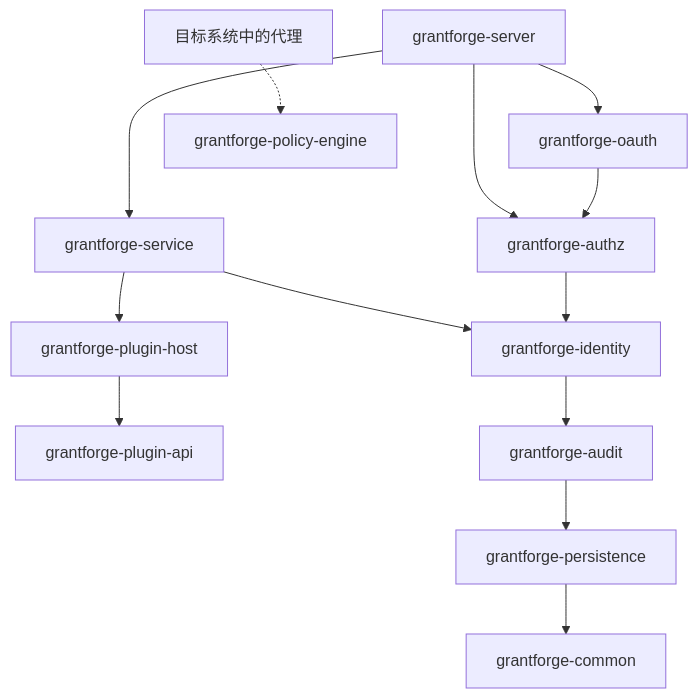
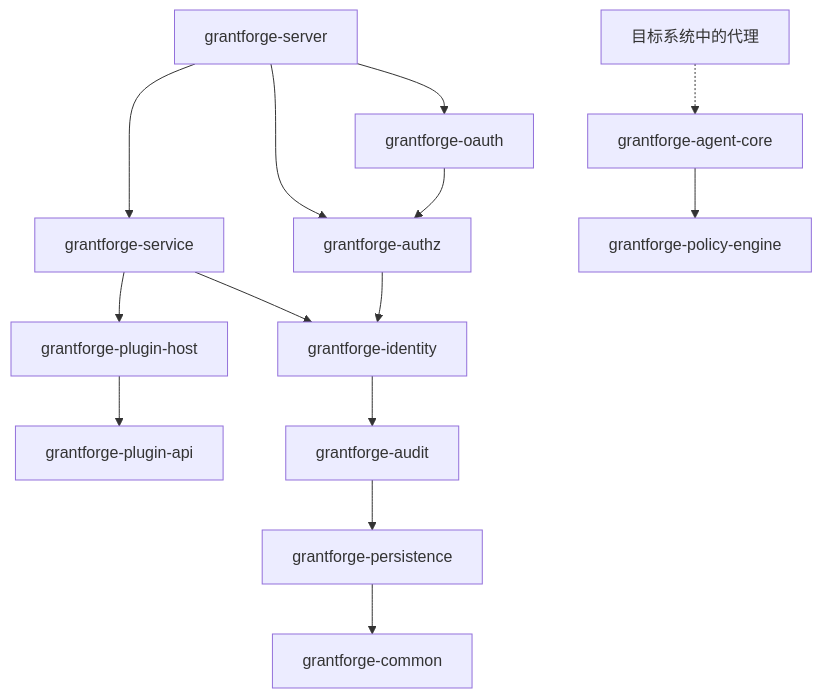
Before and after one commit to devlive-community/grantforge: the first of 2 diagrams in docs/content/architecture/overview.md, drawn with Mermaid. The commit also changed other lines of this file and 27 other files, not shown here.

````diff
--- a/docs/content/architecture/overview.md
+++ b/docs/content/architecture/overview.md
@@ -16,15 +18,16 @@
 ```mermaid
 flowchart TB
   server[grantforge-server] --> oauth[grantforge-oauth]
   server --> service[grantforge-service]
   server --> authz[grantforge-authz]
   oauth --> authz
   service --> host[grantforge-plugin-host]
   service --> identity
   host --> api[grantforge-plugin-api]
   authz --> identity[grantforge-identity]
   identity --> audit[grantforge-audit]
   audit --> persistence[grantforge-persistence]
   persistence --> common[grantforge-common]
-  agent[目标系统中的代理] -.-> engine[grantforge-policy-engine]
+  agent[目标系统中的代理] -.-> agentcore[grantforge-agent-core]
+  agentcore --> engine[grantforge-policy-engine]
 ```
````
